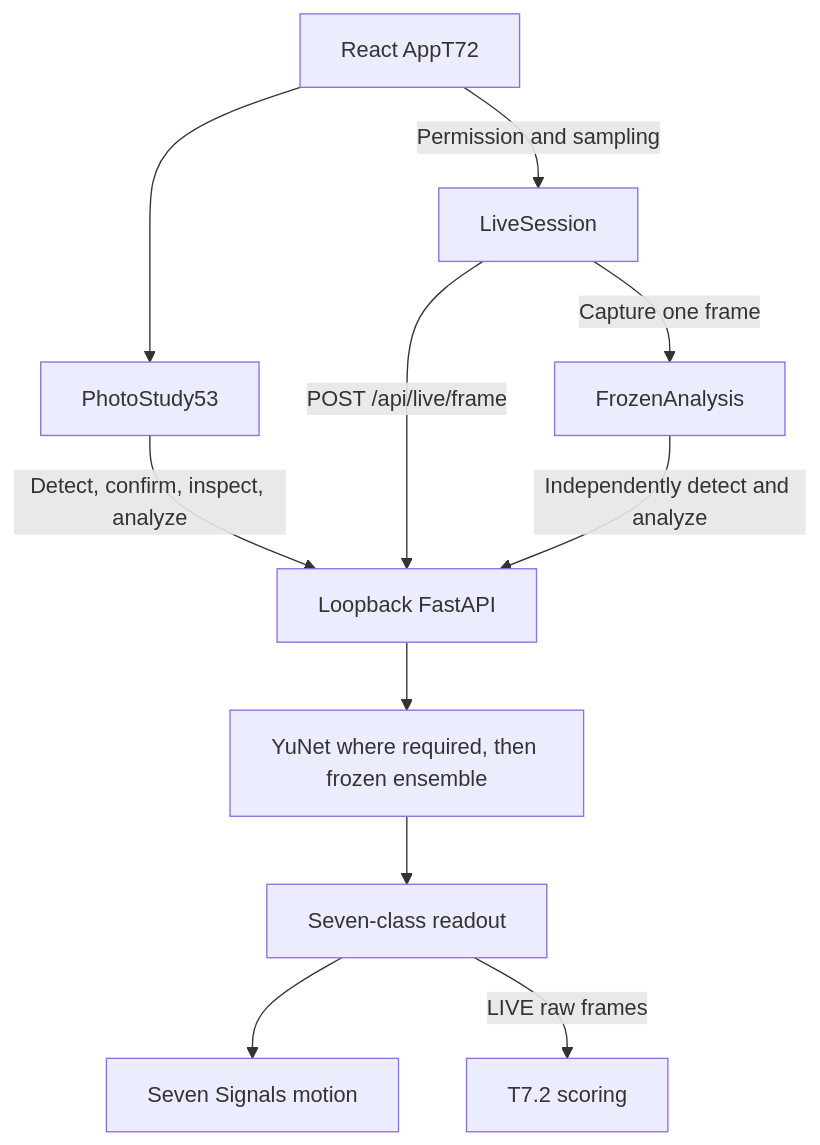
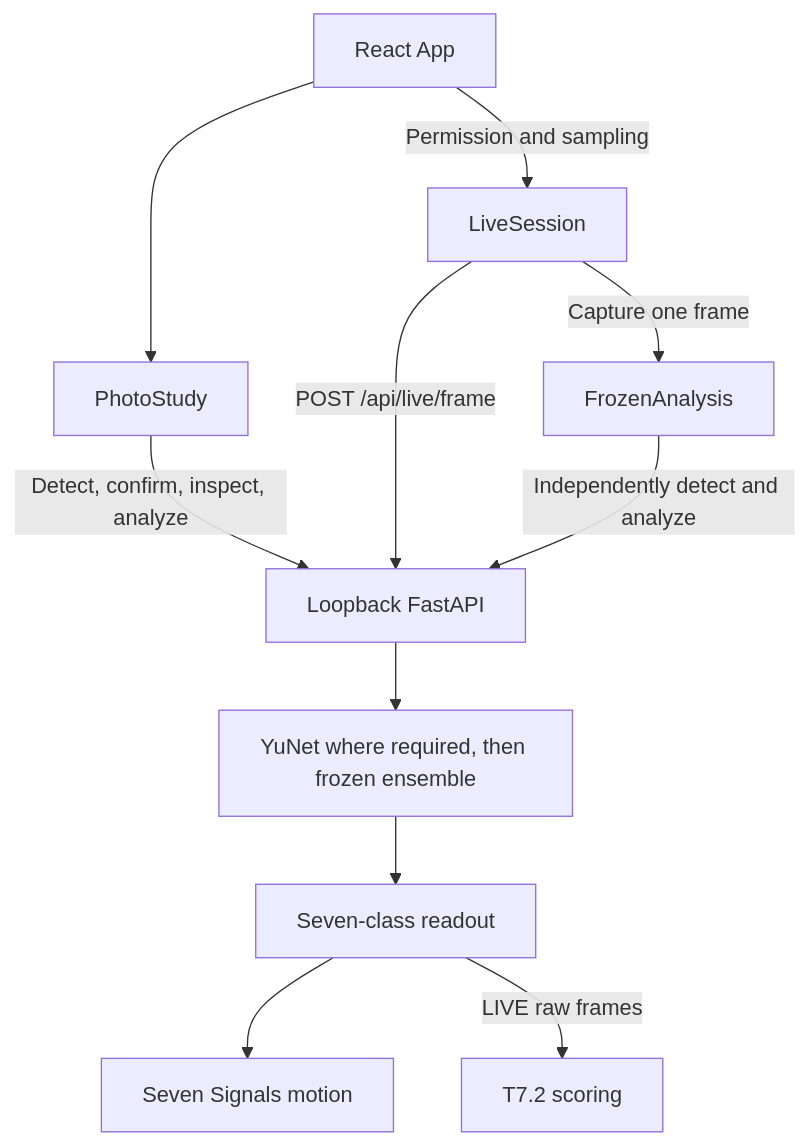
Before and after one commit to lx66aa88/EmotionLab: the second of 2 diagrams in docs/SYSTEM_ARCHITECTURE.md, drawn with Mermaid. The commit also changed other lines of this file and 285 other files, not shown here.

````diff
--- a/docs/SYSTEM_ARCHITECTURE.md
+++ b/docs/SYSTEM_ARCHITECTURE.md
@@ -19,13 +19,13 @@
 ```mermaid
 flowchart TD
-  R["React AppT72"] --> P["PhotoStudy53"]
+  R["React App"] --> P["PhotoStudy"]
   R -->|"Permission and sampling"| V["LiveSession"]
   P -->|"Detect, confirm, inspect, analyze"| S["Loopback FastAPI"]
   V -->|"POST /api/live/frame"| S
   V -->|"Capture one frame"| F["FrozenAnalysis"]
   F -->|"Independently detect and analyze"| S
   S --> Q["YuNet where required, then frozen ensemble"]
   Q --> U["Seven-class readout"]
   U --> W["Seven Signals motion"]
   U -->|"LIVE raw frames"| G["T7.2 scoring"]
 ```
````
